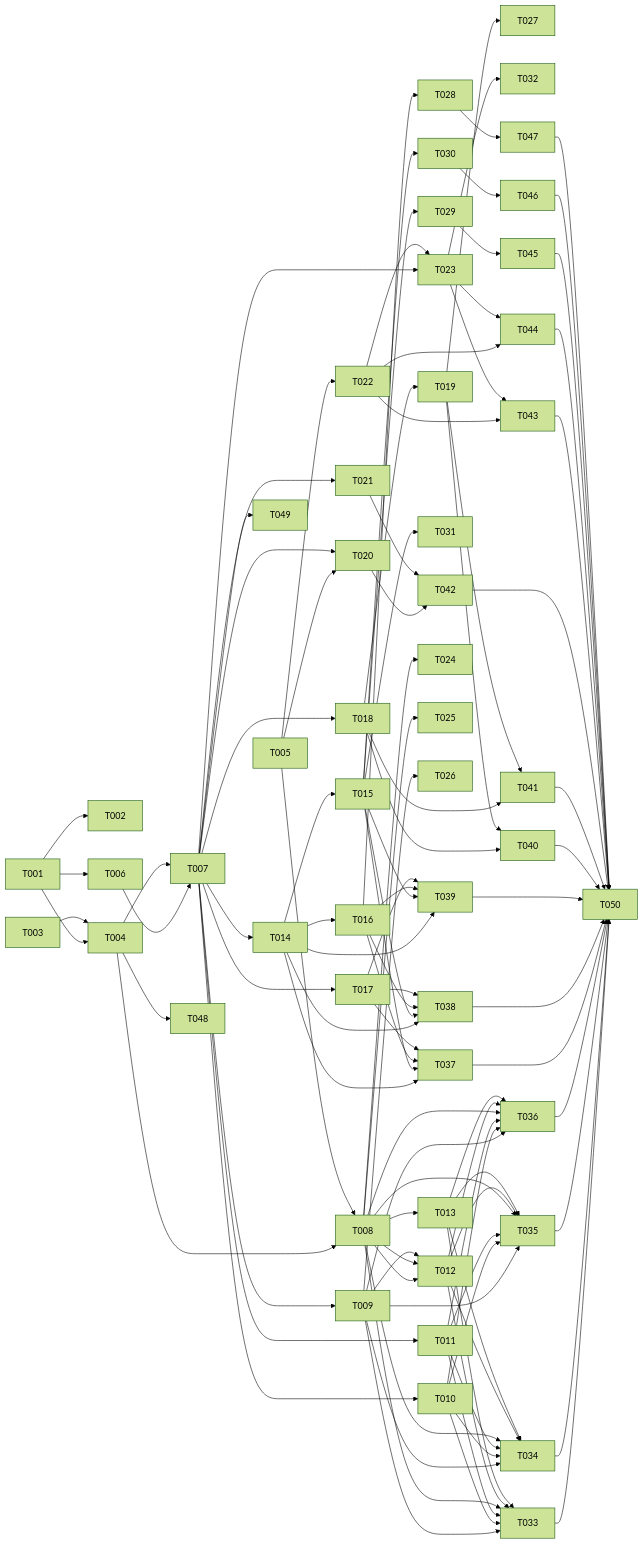
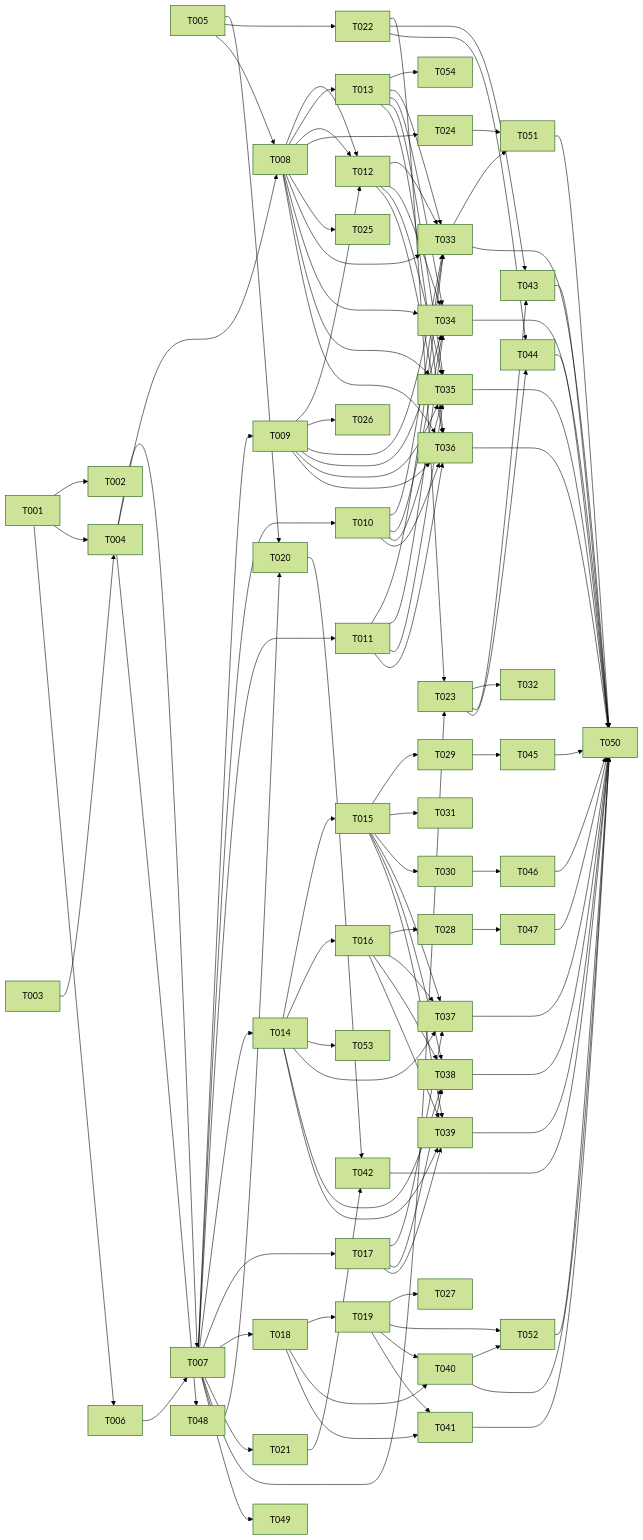
Before and after one commit to UnderUndre/undrecreaitwins: the diagram in specs/026-tuning/tasks.md, drawn with Mermaid (forest theme). The commit also changed other lines of this file and 1 other file, not shown here.

````diff
--- a/specs/026-tuning/tasks.md
+++ b/specs/026-tuning/tasks.md
@@ -239,53 +254,57 @@
 ```mermaid
 graph LR
     T001 --> T002
     T001 & T003 --> T004
     T005 --> T020
     T005 --> T022
     T001 --> T006
     T006 & T004 --> T007
     T007 --> T009
     T007 --> T010
     T007 --> T011
     T007 --> T014
     T007 --> T017
     T007 --> T018
     T007 --> T021
     T007 --> T023
     T004 & T005 --> T008
     T008 --> T012
     T008 --> T013
     T008 & T009 --> T012
     T014 --> T015
     T014 --> T016
+    T014 --> T053
     T016 --> T028
     T015 --> T029
     T015 --> T031
     T018 --> T019
     T007 --> T020
     T022 --> T023
     T008 --> T024
     T008 --> T025
     T009 --> T026
     T019 --> T027
     T015 --> T030
     T023 --> T032
+    T024 & T033 --> T051
+    T019 & T040 --> T052
+    T013 --> T054
     T009 & T010 & T011 & T008 & T012 & T013 --> T033
     T009 & T010 & T011 & T008 & T012 & T013 --> T034
     T009 & T010 & T011 & T008 & T012 & T013 --> T035
     T009 & T010 & T011 & T008 & T012 & T013 --> T036
     T014 & T015 & T016 & T017 --> T037
     T014 & T015 & T016 & T017 --> T038
     T014 & T015 & T016 & T017 --> T039
     T018 & T019 --> T040
     T018 & T019 --> T041
     T020 & T021 --> T042
     T022 & T023 --> T043
     T022 & T023 --> T044
     T029 --> T045
     T030 --> T046
     T028 --> T047
     T004 --> T048
     T007 --> T049
-    T033 & T034 & T035 & T036 & T037 & T038 & T039 & T040 & T041 & T042 & T043 & T044 & T045 & T046 & T047 --> T050
+    T033 & T034 & T035 & T036 & T037 & T038 & T039 & T040 & T041 & T042 & T043 & T044 & T045 & T046 & T047 & T051 & T052 --> T050
 ```
````
